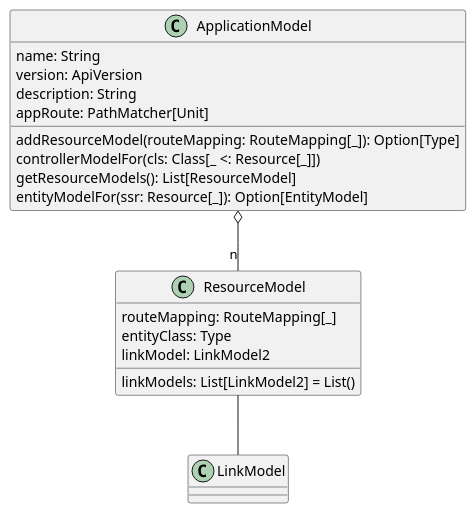
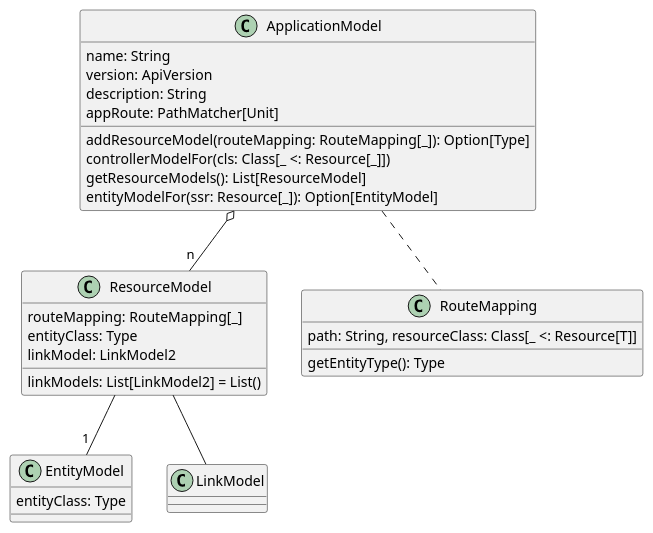
Before and after one commit to evandor/skysail-core: the diagram in skysail.core/src/io/skysail/core/model/model.puml, drawn with PlantUML. The commit also changed 6 other files, not shown here.

```diff
--- a/skysail.core/src/io/skysail/core/model/model.puml
+++ b/skysail.core/src/io/skysail/core/model/model.puml
@@ -1,29 +1,39 @@
 @startuml
 
 class ApplicationModel {
   name: String
   version: ApiVersion
   description: String
   appRoute: PathMatcher[Unit]
   addResourceModel(routeMapping: RouteMapping[_]): Option[Type]
   controllerModelFor(cls: Class[_ <: Resource[_]])
   getResourceModels(): List[ResourceModel]
   entityModelFor(ssr: Resource[_]): Option[EntityModel]
 }
 
 class ResourceModel {
   routeMapping: RouteMapping[_]
   entityClass: Type
   linkModel: LinkModel2
   linkModels: List[LinkModel2] = List()
 }
 
+class EntityModel {
+    entityClass: Type
+}
 
 class LinkModel {
 }
 
+class RouteMapping {
+  path: String, resourceClass: Class[_ <: Resource[T]]
+  getEntityType(): Type
+}
+
 ApplicationModel o-- "n" ResourceModel
+ApplicationModel .. RouteMapping
 ResourceModel -- LinkModel
+ResourceModel -- "1" EntityModel
 
 
 @enduml
```
